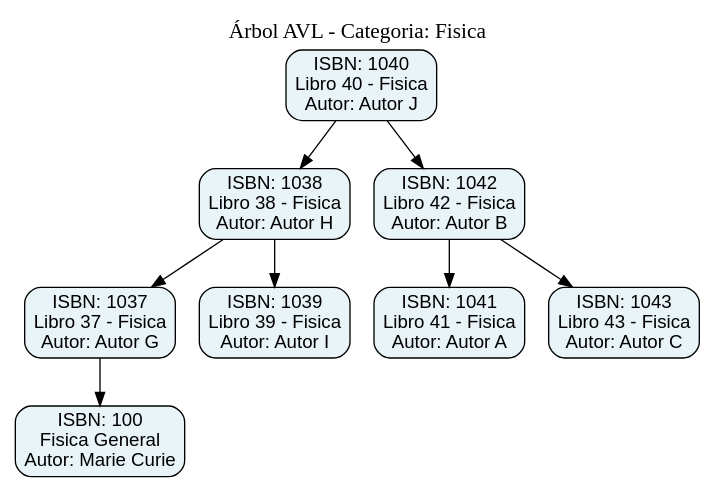
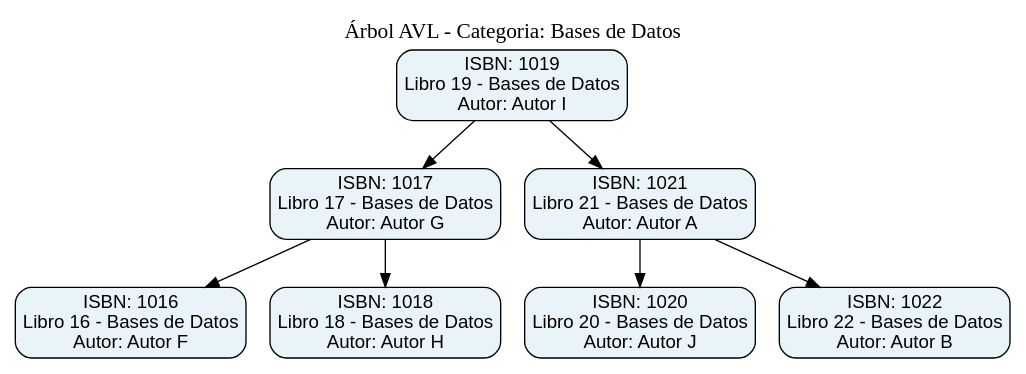
The diagram in Proyecto2/wwwroot/avl_temp.dot (4064998100101-cell/IPC2_Proy02_202602_202504191), drawn with Graphviz before and after one commit. The commit also changed 4 other files, not shown here.

```diff
--- a/Proyecto2/wwwroot/avl_temp.dot
+++ b/Proyecto2/wwwroot/avl_temp.dot
@@ -1,22 +1,20 @@
 digraph AVL {
    node [shape=box, style="rounded,filled", fillcolor="#e8f4f8", fontname="Arial"];
    edge [fontname="Arial"];
-   label="Árbol AVL - Categoria: Fisica\n";
+   label="Árbol AVL - Categoria: Bases de Datos\n";
    labelloc="top";
    fontsize=16;
-   isbn_1040 [label="ISBN: 1040\nLibro 40 - Fisica\nAutor: Autor J"];
-   isbn_1040 -> isbn_1038;
-   isbn_1038 [label="ISBN: 1038\nLibro 38 - Fisica\nAutor: Autor H"];
-   isbn_1038 -> isbn_1037;
-   isbn_1037 [label="ISBN: 1037\nLibro 37 - Fisica\nAutor: Autor G"];
-   isbn_1037 -> isbn_100;
-   isbn_100 [label="ISBN: 100\nFisica General\nAutor: Marie Curie"];
-   isbn_1038 -> isbn_1039;
-   isbn_1039 [label="ISBN: 1039\nLibro 39 - Fisica\nAutor: Autor I"];
-   isbn_1040 -> isbn_1042;
-   isbn_1042 [label="ISBN: 1042\nLibro 42 - Fisica\nAutor: Autor B"];
-   isbn_1042 -> isbn_1041;
-   isbn_1041 [label="ISBN: 1041\nLibro 41 - Fisica\nAutor: Autor A"];
-   isbn_1042 -> isbn_1043;
-   isbn_1043 [label="ISBN: 1043\nLibro 43 - Fisica\nAutor: Autor C"];
+   isbn_1019 [label="ISBN: 1019\nLibro 19 - Bases de Datos\nAutor: Autor I"];
+   isbn_1019 -> isbn_1017;
+   isbn_1017 [label="ISBN: 1017\nLibro 17 - Bases de Datos\nAutor: Autor G"];
+   isbn_1017 -> isbn_1016;
+   isbn_1016 [label="ISBN: 1016\nLibro 16 - Bases de Datos\nAutor: Autor F"];
+   isbn_1017 -> isbn_1018;
+   isbn_1018 [label="ISBN: 1018\nLibro 18 - Bases de Datos\nAutor: Autor H"];
+   isbn_1019 -> isbn_1021;
+   isbn_1021 [label="ISBN: 1021\nLibro 21 - Bases de Datos\nAutor: Autor A"];
+   isbn_1021 -> isbn_1020;
+   isbn_1020 [label="ISBN: 1020\nLibro 20 - Bases de Datos\nAutor: Autor J"];
+   isbn_1021 -> isbn_1022;
+   isbn_1022 [label="ISBN: 1022\nLibro 22 - Bases de Datos\nAutor: Autor B"];
 }
```
